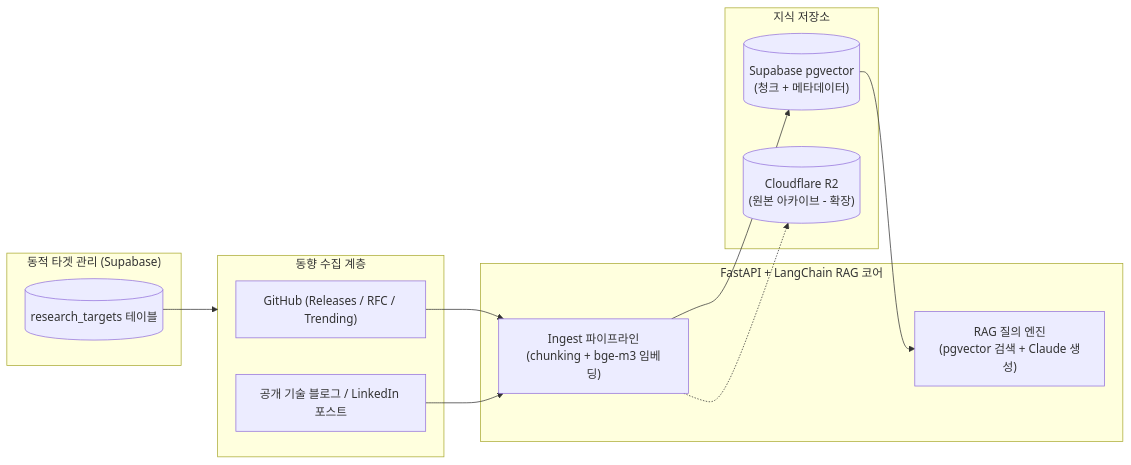
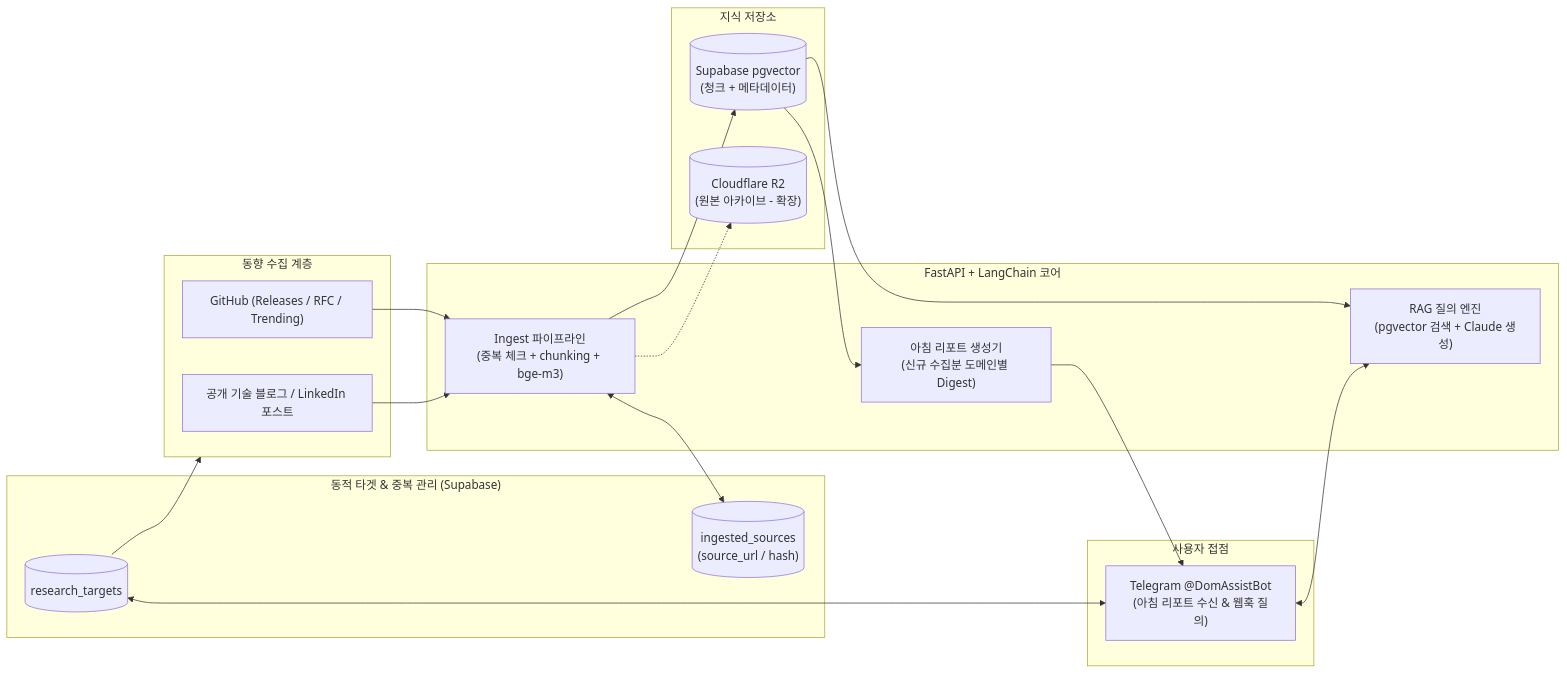
Before and after one commit to initbtn/assist: the diagram in docs/plan.md, drawn with Mermaid. The commit also changed other lines of this file, not shown here.

````diff
--- a/docs/plan.md
+++ b/docs/plan.md
@@ -22,28 +24,39 @@
 ```mermaid
 flowchart LR
-    subgraph Targets["동적 타겟 관리 (Supabase)"]
-        RT[("research_targets 테이블")]
+    subgraph Targets["동적 타겟 & 중복 관리 (Supabase)"]
+        RT[("research_targets")]
+        DEDUP[("ingested_sources\n(source_url / hash)")]
     end
 
     subgraph Collectors["동향 수집 계층"]
         GH["GitHub (Releases / RFC / Trending)"]
         WEB["공개 기술 블로그 / LinkedIn 포스트"]
     end
 
-    subgraph Pipeline["FastAPI + LangChain RAG 코어"]
-        ING["Ingest 파이프라인\n(chunking + bge-m3 임베딩)"]
+    subgraph Pipeline["FastAPI + LangChain 코어"]
+        ING["Ingest 파이프라인\n(중복 체크 + chunking + bge-m3)"]
+        DIG["아침 리포트 생성기\n(신규 수집분 도메인별 Digest)"]
         RET["RAG 질의 엔진\n(pgvector 검색 + Claude 생성)"]
     end
 
     subgraph Storage["지식 저장소"]
         PGV[("Supabase pgvector\n(청크 + 메타데이터)")]
         R2[("Cloudflare R2\n(원본 아카이브 - 확장)")]
     end
 
+    subgraph Channel["사용자 접점"]
+        TG["Telegram @DomAssistBot\n(아침 리포트 수신 & 웹훅 질의)"]
+    end
+
     RT --> Collectors
     GH --> ING
     WEB --> ING
+    ING <--> DEDUP
     ING --> PGV
     ING -.-> R2
+    PGV --> DIG
     PGV --> RET
+    DIG --> TG
+    TG <--> RET
+    TG <--> RT
 ```
````
